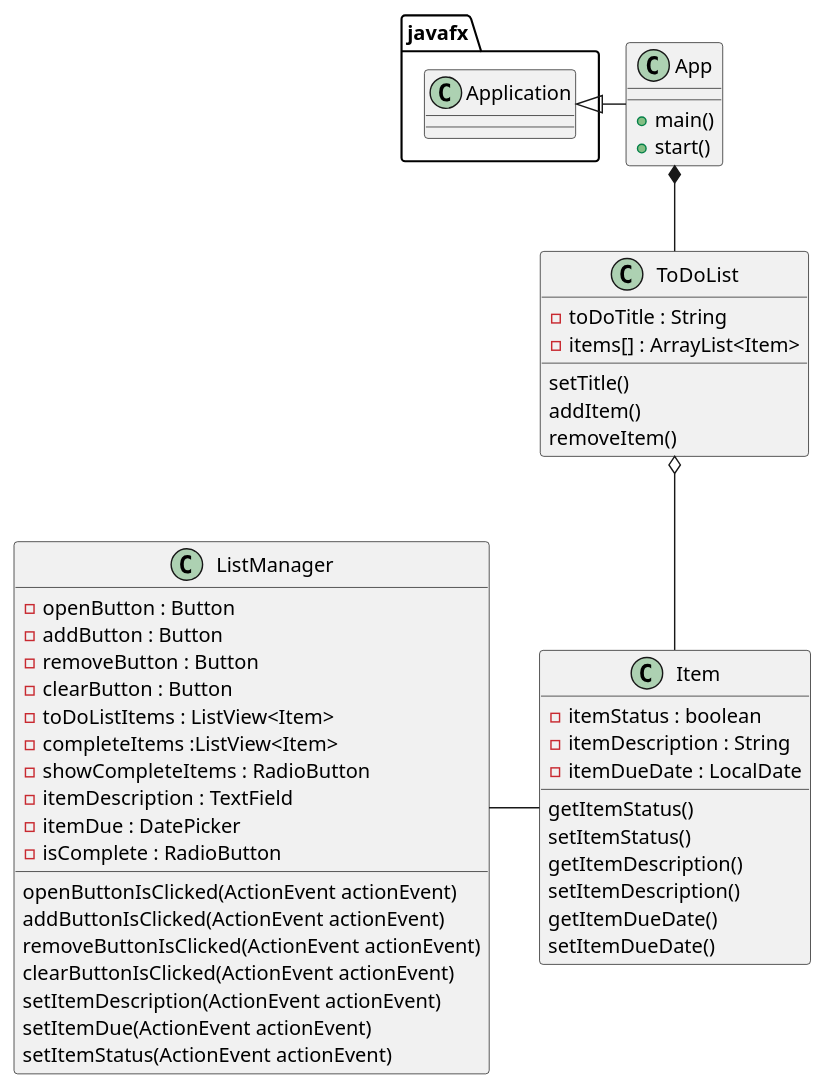
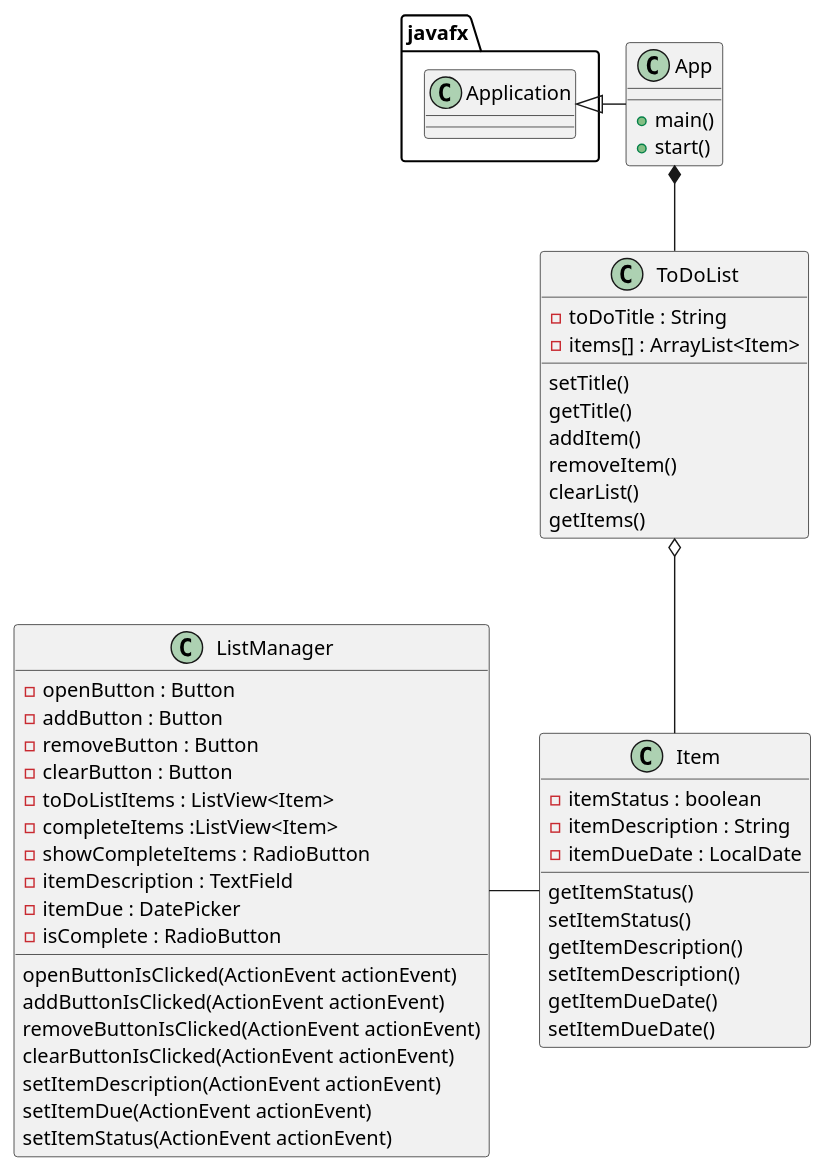
One commit to nick-vigg/Viggiani-COP3330-assignment4part2 changed the diagram in PUML/Assignment4.puml. Above: the diagram before and after it, drawn with PlantUML.

Commit message:
FFN PUML Commit

```diff
--- a/PUML/Assignment4.puml
+++ b/PUML/Assignment4.puml
@@ -1,59 +1,63 @@
 @startuml
 'https://plantuml.com/class-diagram
 
 
 
 class App {
 + main()
 + start()
 }
 
 class ToDoList {
 - toDoTitle : String
 - items[] : ArrayList<Item>
+
 setTitle()
+getTitle()
 addItem()
 removeItem()
+clearList()
+getItems()
 }
 
 class Item {
 - itemStatus : boolean
 - itemDescription : String
 - itemDueDate : LocalDate
 
 getItemStatus()
 setItemStatus()
 getItemDescription()
 setItemDescription()
 getItemDueDate()
 setItemDueDate()
 }
 
 class ListManager {
 - openButton : Button
 - addButton : Button
 - removeButton : Button
 - clearButton : Button
 - toDoListItems : ListView<Item>
 - completeItems :ListView<Item>
 - showCompleteItems : RadioButton
 - itemDescription : TextField
 - itemDue : DatePicker
 - isComplete : RadioButton
 
 openButtonIsClicked(ActionEvent actionEvent)
 addButtonIsClicked(ActionEvent actionEvent)
 removeButtonIsClicked(ActionEvent actionEvent)
 clearButtonIsClicked(ActionEvent actionEvent)
 setItemDescription(ActionEvent actionEvent)
 setItemDue(ActionEvent actionEvent)
 setItemStatus(ActionEvent actionEvent)
 }
 
 javafx.Application <|- App
 App *-- ToDoList
 ToDoList o-- Item
 ListManager - Item
 
 
 @enduml
```
